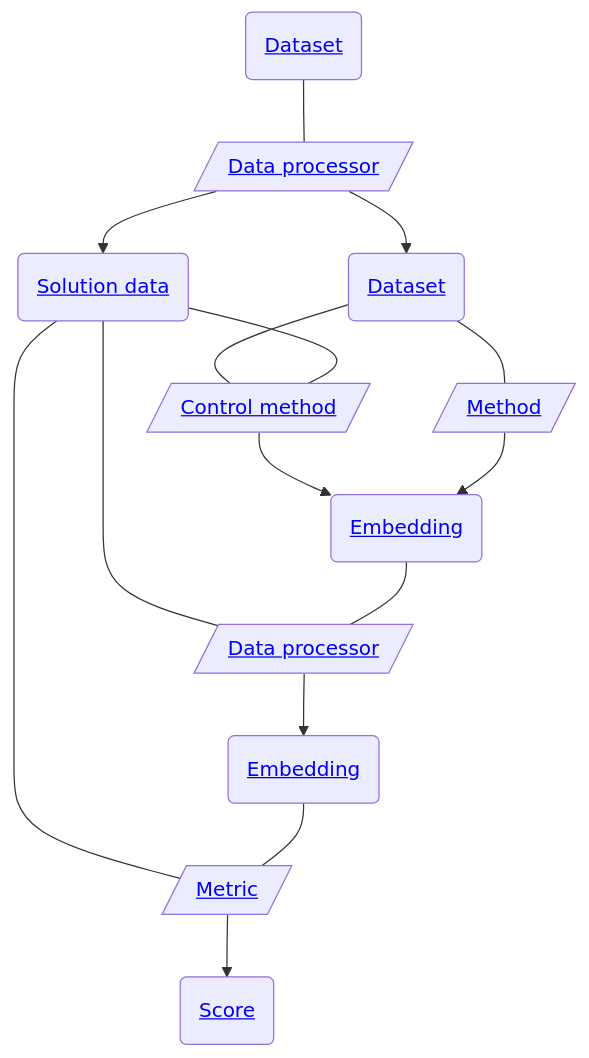
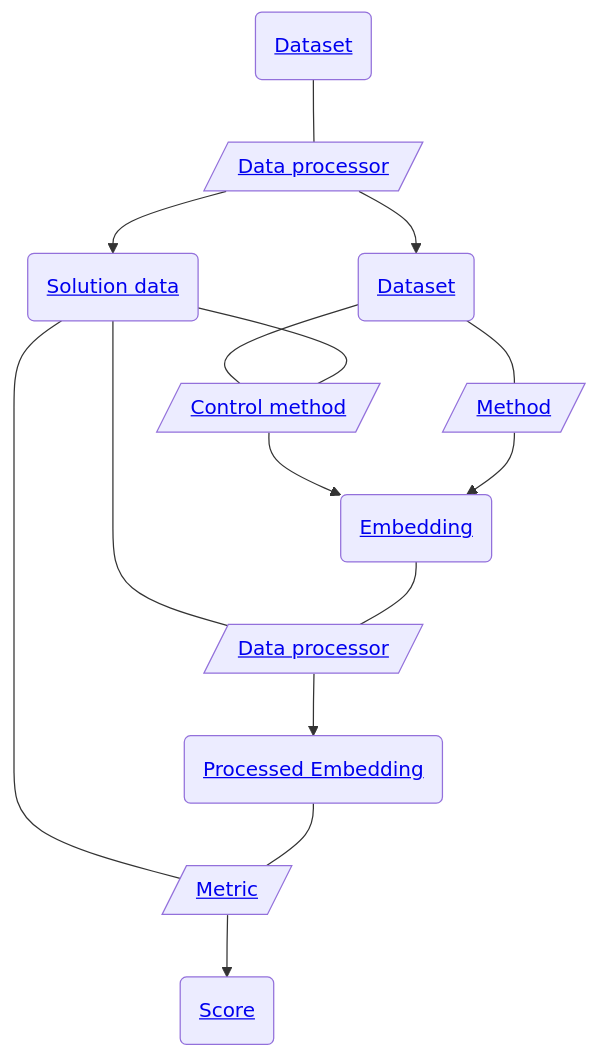
Before and after one commit to openproblems-bio/task_dimensionality_reduction: the diagram in README.md, drawn with Mermaid. The commit also changed other lines of this file and 96 other files, not shown here.

````diff
--- a/README.md
+++ b/README.md
@@ -69,28 +69,28 @@
 ``` mermaid
 flowchart TB
   file_common_dataset("<a href='https://github.com/openproblems-bio/task_dimensionality_reduction#file-format-dataset'>Dataset</a>")
   comp_process_dataset[/"<a href='https://github.com/openproblems-bio/task_dimensionality_reduction#component-type-data-processor'>Data processor</a>"/]
   file_dataset("<a href='https://github.com/openproblems-bio/task_dimensionality_reduction#file-format-dataset'>Dataset</a>")
   file_solution("<a href='https://github.com/openproblems-bio/task_dimensionality_reduction#file-format-solution-data'>Solution data</a>")
   comp_control_method[/"<a href='https://github.com/openproblems-bio/task_dimensionality_reduction#component-type-control-method'>Control method</a>"/]
   comp_method[/"<a href='https://github.com/openproblems-bio/task_dimensionality_reduction#component-type-method'>Method</a>"/]
   comp_metric[/"<a href='https://github.com/openproblems-bio/task_dimensionality_reduction#component-type-metric'>Metric</a>"/]
   comp_process_embedding[/"<a href='https://github.com/openproblems-bio/task_dimensionality_reduction#component-type-data-processor'>Data processor</a>"/]
   file_embedding("<a href='https://github.com/openproblems-bio/task_dimensionality_reduction#file-format-embedding'>Embedding</a>")
   file_score("<a href='https://github.com/openproblems-bio/task_dimensionality_reduction#file-format-score'>Score</a>")
-  file_processed_embedding("<a href='https://github.com/openproblems-bio/task_dimensionality_reduction#file-format-embedding'>Embedding</a>")
+  file_processed_embedding("<a href='https://github.com/openproblems-bio/task_dimensionality_reduction#file-format-processed-embedding'>Processed Embedding</a>")
   file_common_dataset---comp_process_dataset
   comp_process_dataset-->file_dataset
   comp_process_dataset-->file_solution
   file_dataset---comp_control_method
   file_dataset---comp_method
   file_solution---comp_control_method
   file_solution---comp_metric
   file_solution---comp_process_embedding
   comp_control_method-->file_embedding
   comp_method-->file_embedding
   comp_metric-->file_score
   comp_process_embedding-->file_processed_embedding
   file_embedding---comp_process_embedding
   file_processed_embedding---comp_metric
 ```
````
